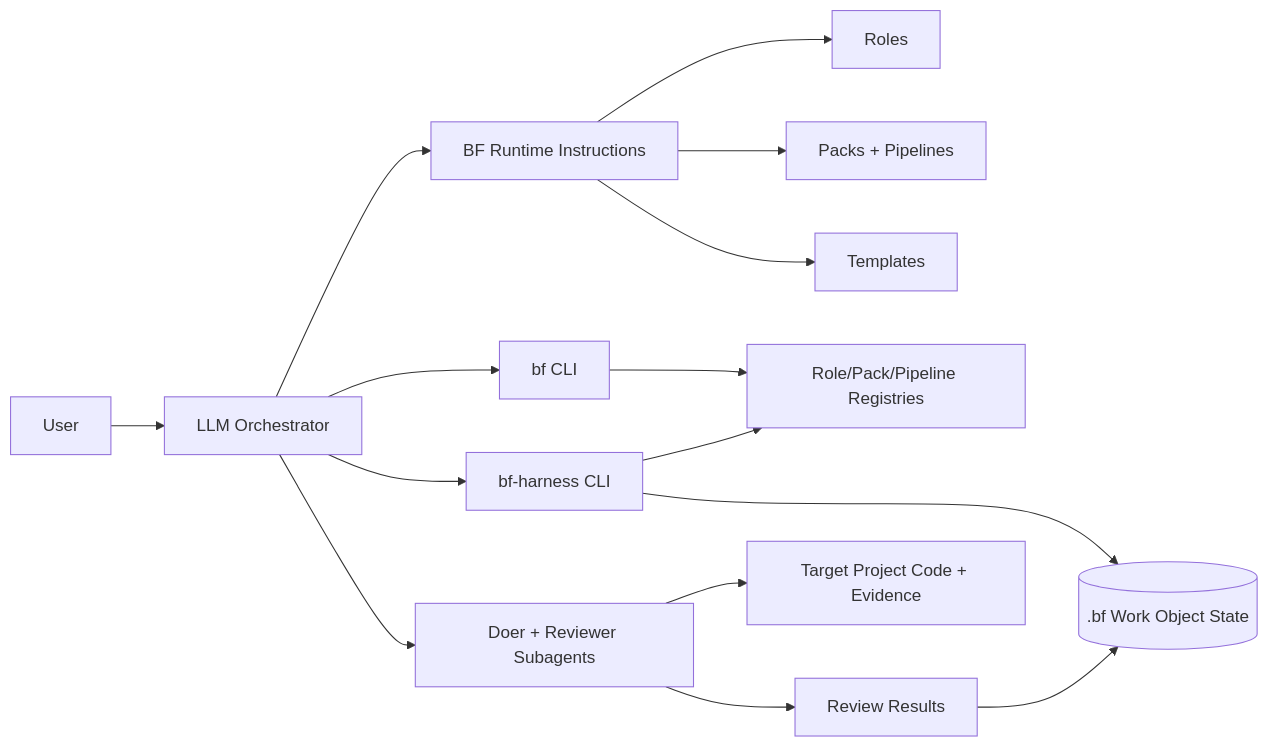
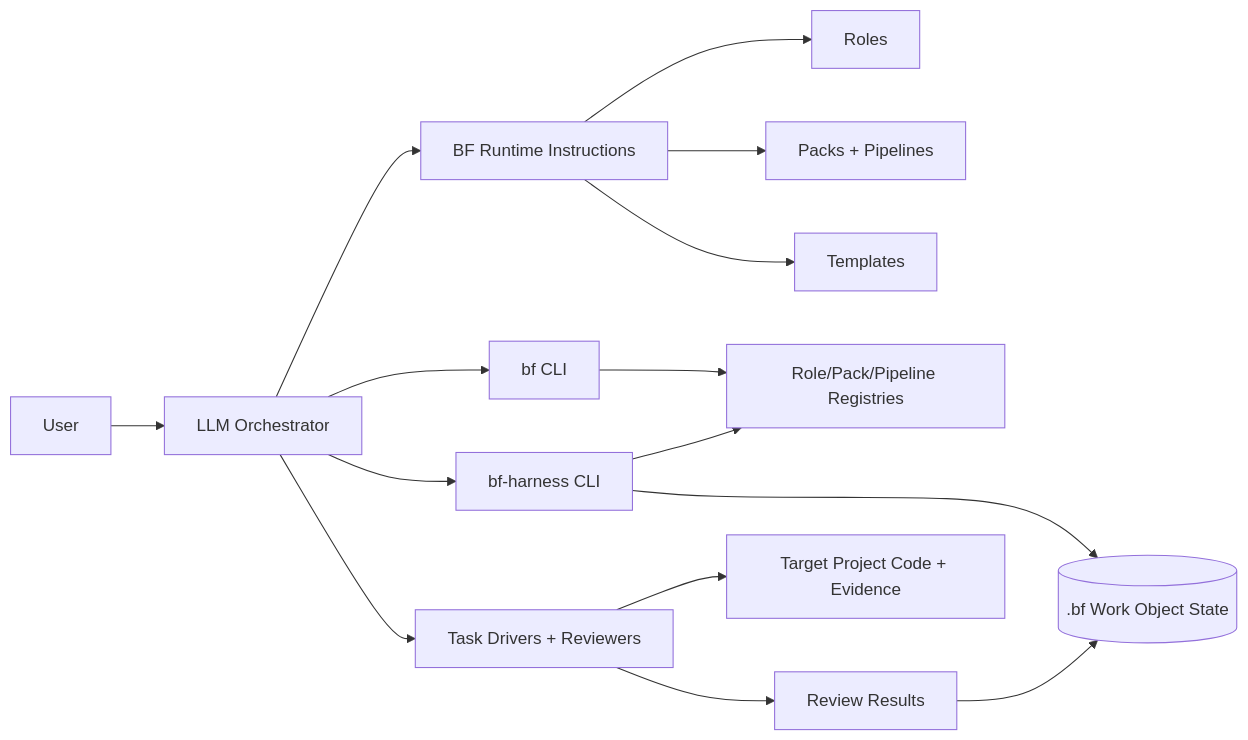
Before and after one commit to codetreker/blueprintflow: the first of 2 diagrams in docs/architecture.md, drawn with Mermaid. The commit also changed other lines of this file and 29 other files, not shown here.

````diff
--- a/docs/architecture.md
+++ b/docs/architecture.md
@@ -26,17 +26,17 @@
 ```mermaid
 flowchart LR
   user[User] --> orchestrator[LLM Orchestrator]
   orchestrator --> runtime[BF Runtime Instructions]
   orchestrator --> bfcli[bf CLI]
   orchestrator --> harness[bf-harness CLI]
   runtime --> roles[Roles]
   runtime --> packs[Packs + Pipelines]
   runtime --> templates[Templates]
   bfcli --> registries[Role/Pack/Pipeline Registries]
   harness --> registries
   harness --> wo[(.bf Work Object State)]
-  orchestrator --> subagents[Doer + Reviewer Subagents]
-  subagents --> project[Target Project Code + Evidence]
-  subagents --> reviewResults[Review Results]
+  orchestrator --> actors[Task Drivers + Reviewers]
+  actors --> project[Target Project Code + Evidence]
+  actors --> reviewResults[Review Results]
   reviewResults --> wo
 ```
````
